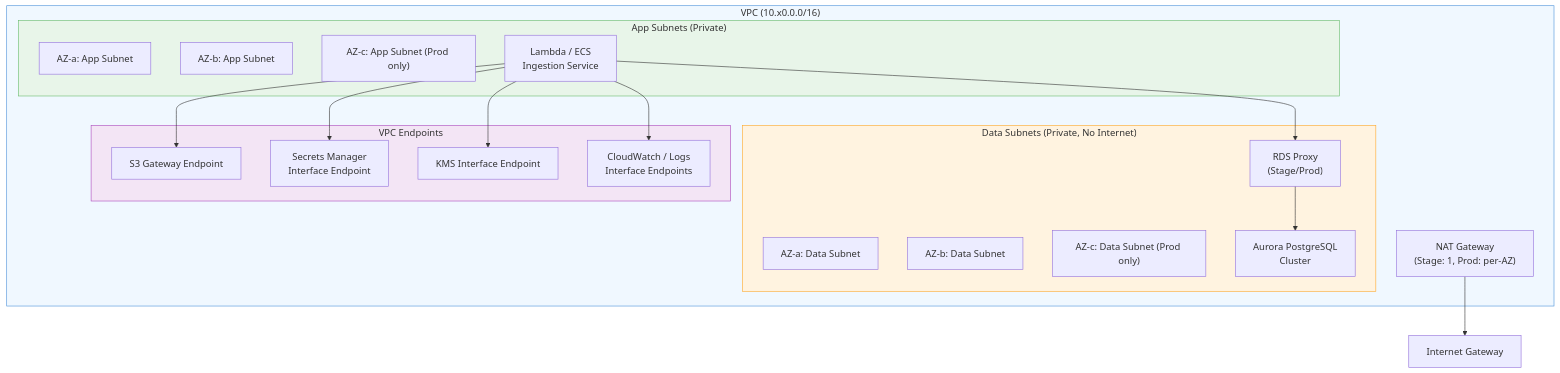
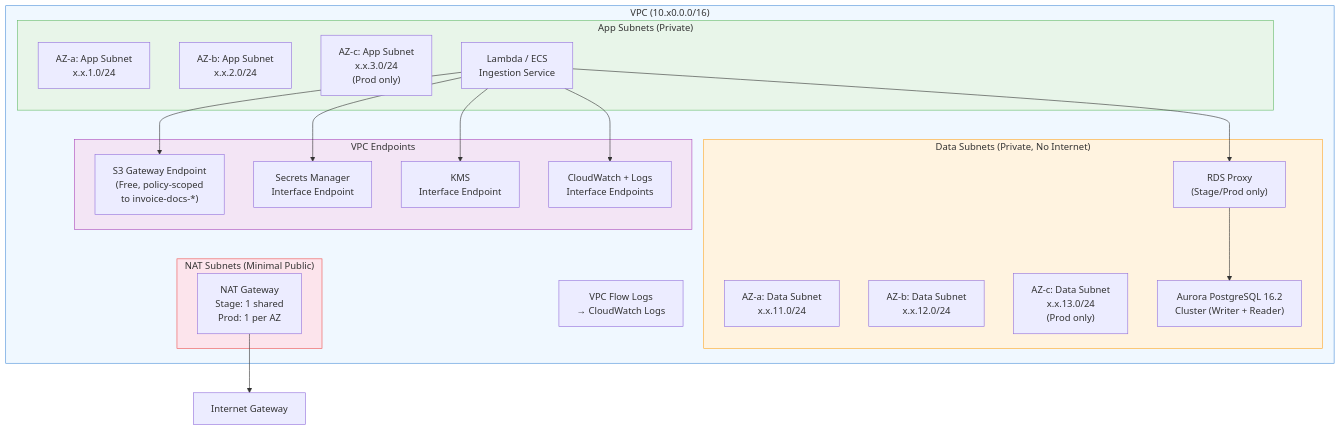
Before and after one commit to kumarmedasani/invoice-document-storage: the first of 10 diagrams in docs/ARCHITECTURE.md, drawn with Mermaid. The commit also changed other lines of this file and 8 other files, not shown here.

````diff
--- a/docs/ARCHITECTURE.md
+++ b/docs/ARCHITECTURE.md
@@ -8,38 +32,42 @@
 ```mermaid
 graph TD
     subgraph VPC["VPC (10.x0.0.0/16)"]
         subgraph AppSubnets["App Subnets (Private)"]
-            AZa_App["AZ-a: App Subnet"]
-            AZb_App["AZ-b: App Subnet"]
-            AZc_App["AZ-c: App Subnet (Prod only)"]
+            AZa_App["AZ-a: App Subnet<br/>x.x.1.0/24"]
+            AZb_App["AZ-b: App Subnet<br/>x.x.2.0/24"]
+            AZc_App["AZ-c: App Subnet<br/>x.x.3.0/24<br/>(Prod only)"]
             Lambda["Lambda / ECS<br/>Ingestion Service"]
         end
         subgraph DataSubnets["Data Subnets (Private, No Internet)"]
-            AZa_Data["AZ-a: Data Subnet"]
-            AZb_Data["AZ-b: Data Subnet"]
-            AZc_Data["AZ-c: Data Subnet (Prod only)"]
-            Aurora["Aurora PostgreSQL<br/>Cluster"]
-            Proxy["RDS Proxy<br/>(Stage/Prod)"]
+            AZa_Data["AZ-a: Data Subnet<br/>x.x.11.0/24"]
+            AZb_Data["AZ-b: Data Subnet<br/>x.x.12.0/24"]
+            AZc_Data["AZ-c: Data Subnet<br/>x.x.13.0/24<br/>(Prod only)"]
+            Aurora["Aurora PostgreSQL 16.2<br/>Cluster (Writer + Reader)"]
+            Proxy["RDS Proxy<br/>(Stage/Prod only)"]
         end
         subgraph Endpoints["VPC Endpoints"]
-            S3EP["S3 Gateway Endpoint"]
+            S3EP["S3 Gateway Endpoint<br/>(Free, policy-scoped<br/>to invoice-docs-*)"]
             SMEP["Secrets Manager<br/>Interface Endpoint"]
-            KMSEP["KMS Interface Endpoint"]
-            CWEP["CloudWatch / Logs<br/>Interface Endpoints"]
+            KMSEP["KMS<br/>Interface Endpoint"]
+            CWEP["CloudWatch + Logs<br/>Interface Endpoints"]
         end
-        NAT["NAT Gateway<br/>(Stage: 1, Prod: per-AZ)"]
+        subgraph NAT_Subnet["NAT Subnets (Minimal Public)"]
+            NAT["NAT Gateway<br/>Stage: 1 shared<br/>Prod: 1 per AZ"]
+        end
+        FlowLogs["VPC Flow Logs<br/>→ CloudWatch Logs"]
     end
 
     Lambda --> S3EP
     Lambda --> SMEP
     Lambda --> KMSEP
     Lambda --> Proxy
     Proxy --> Aurora
     Lambda --> CWEP
     NAT --> IGW["Internet Gateway"]
 
     style VPC fill:#f0f8ff,stroke:#4a90d9
     style AppSubnets fill:#e8f5e9,stroke:#66bb6a
     style DataSubnets fill:#fff3e0,stroke:#ffa726
     style Endpoints fill:#f3e5f5,stroke:#ab47bc
+    style NAT_Subnet fill:#fce4ec,stroke:#ef5350
 ```
````
